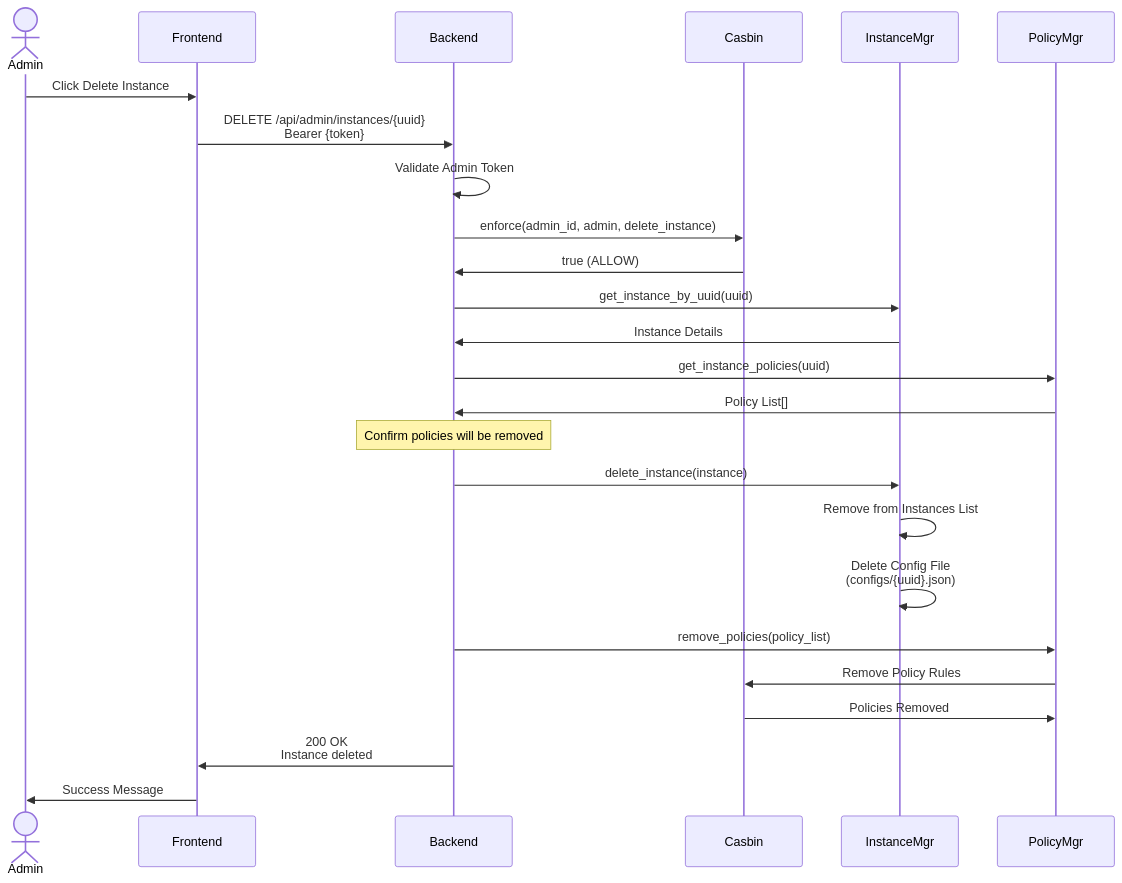
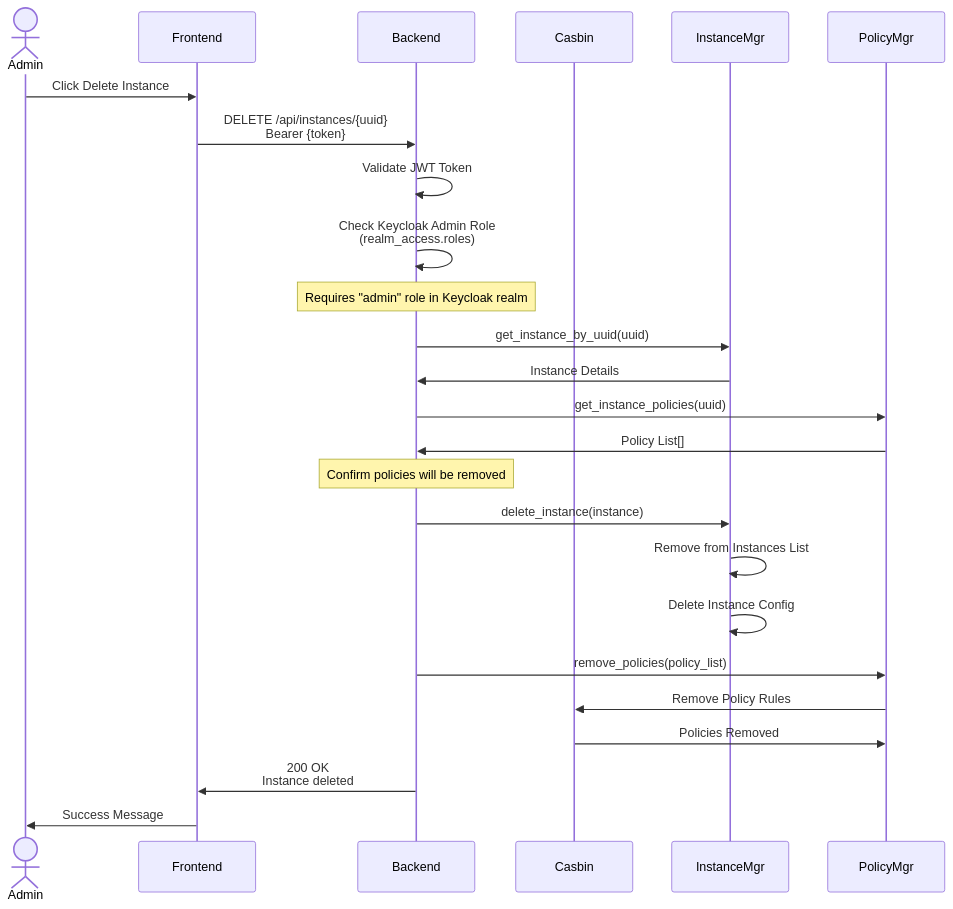
Before and after one commit to INN-SFU/Data-Portal: the sixth of 6 diagrams in docs/diagrams/sequence-storage-access.md, drawn with Mermaid. The commit also changed other lines of this file and 2 other files, not shown here.

Commit message:
docs: diagram updates

````diff
--- a/docs/diagrams/sequence-storage-access.md
+++ b/docs/diagrams/sequence-storage-access.md
@@ -280,35 +275,35 @@
 ```mermaid
 sequenceDiagram
     actor Admin
     participant Frontend
     participant Backend
     participant Casbin
     participant InstanceMgr
     participant PolicyMgr
 
     Admin->>Frontend: Click Delete Instance
-    Frontend->>Backend: DELETE /api/admin/instances/{uuid}<br/>Bearer {token}
+    Frontend->>Backend: DELETE /api/instances/{uuid}<br/>Bearer {token}
 
-    Backend->>Backend: Validate Admin Token
-    Backend->>Casbin: enforce(admin_id, admin, delete_instance)
-    Casbin->>Backend: true (ALLOW)
+    Backend->>Backend: Validate JWT Token
+    Backend->>Backend: Check Keycloak Admin Role<br/>(realm_access.roles)
+    Note over Backend: Requires "admin" role in Keycloak realm
 
     Backend->>InstanceMgr: get_instance_by_uuid(uuid)
     InstanceMgr->>Backend: Instance Details
 
     Backend->>PolicyMgr: get_instance_policies(uuid)
     PolicyMgr->>Backend: Policy List[]
 
     Note over Backend: Confirm policies will be removed
 
     Backend->>InstanceMgr: delete_instance(instance)
     InstanceMgr->>InstanceMgr: Remove from Instances List
-    InstanceMgr->>InstanceMgr: Delete Config File<br/>(configs/{uuid}.json)
+    InstanceMgr->>InstanceMgr: Delete Instance Config
 
     Backend->>PolicyMgr: remove_policies(policy_list)
     PolicyMgr->>Casbin: Remove Policy Rules
     Casbin->>PolicyMgr: Policies Removed
 
     Backend->>Frontend: 200 OK<br/>Instance deleted
     Frontend->>Admin: Success Message
 ```
````
